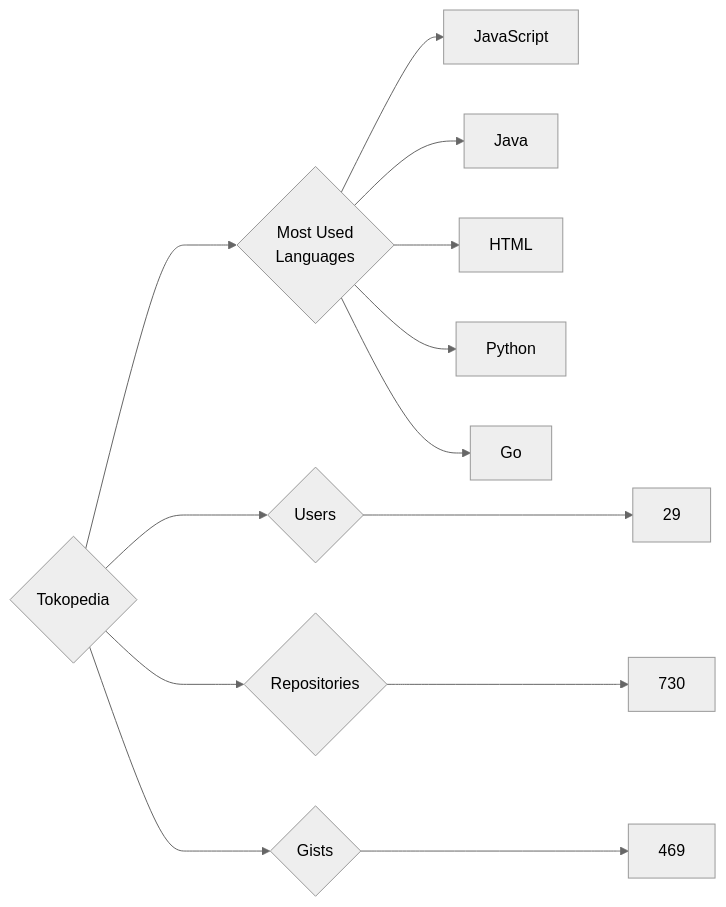
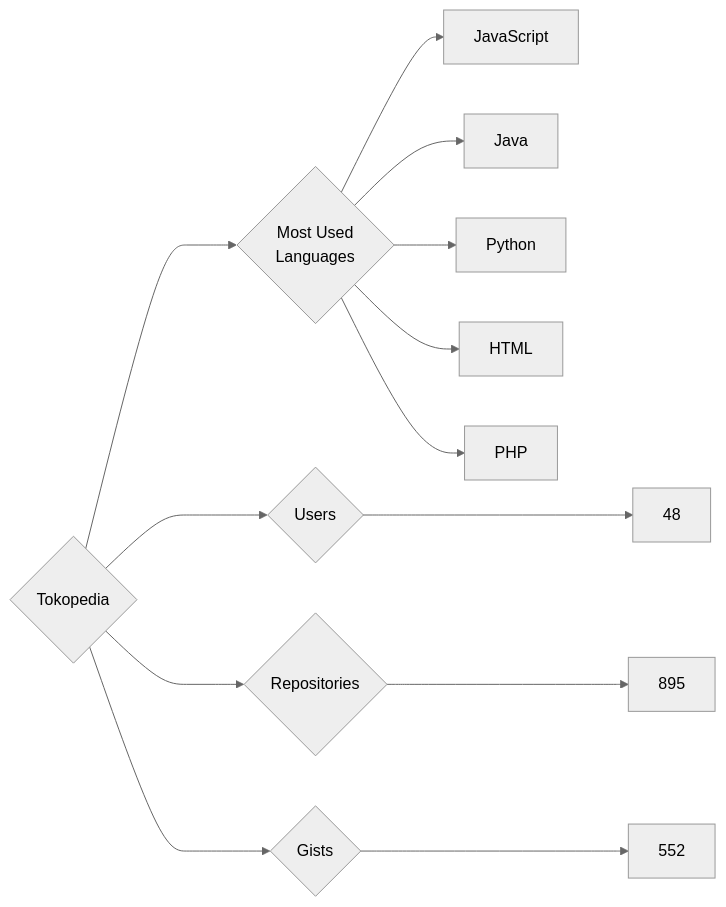
Before and after one commit to trickest/insiders: the diagram in targets/Tokopedia/README.md, drawn with Mermaid (neutral theme). The commit also changed 972 other files, not shown here.

````diff
--- a/targets/Tokopedia/README.md
+++ b/targets/Tokopedia/README.md
@@ -3,13 +3,13 @@
 ```mermaid
 graph LR
 COMPANY_NAME{Tokopedia}
-COMPANY_NAME ---> U{Users} ---> UN[29]
-COMPANY_NAME ---> R{Repositories} ---> RN[730]
-COMPANY_NAME ---> G{Gists} ---> GN[469]
+COMPANY_NAME ---> U{Users} ---> UN[48]
+COMPANY_NAME ---> R{Repositories} ---> RN[895]
+COMPANY_NAME ---> G{Gists} ---> GN[552]
 COMPANY_NAME ---> ML{Most Used<br>Languages}
 ML --> JavaScript[JavaScript]
 ML --> Java[Java]
+ML --> Python[Python]
 ML --> HTML[HTML]
-ML --> Python[Python]
-ML --> Go[Go]
+ML --> PHP[PHP]
 ```
````
